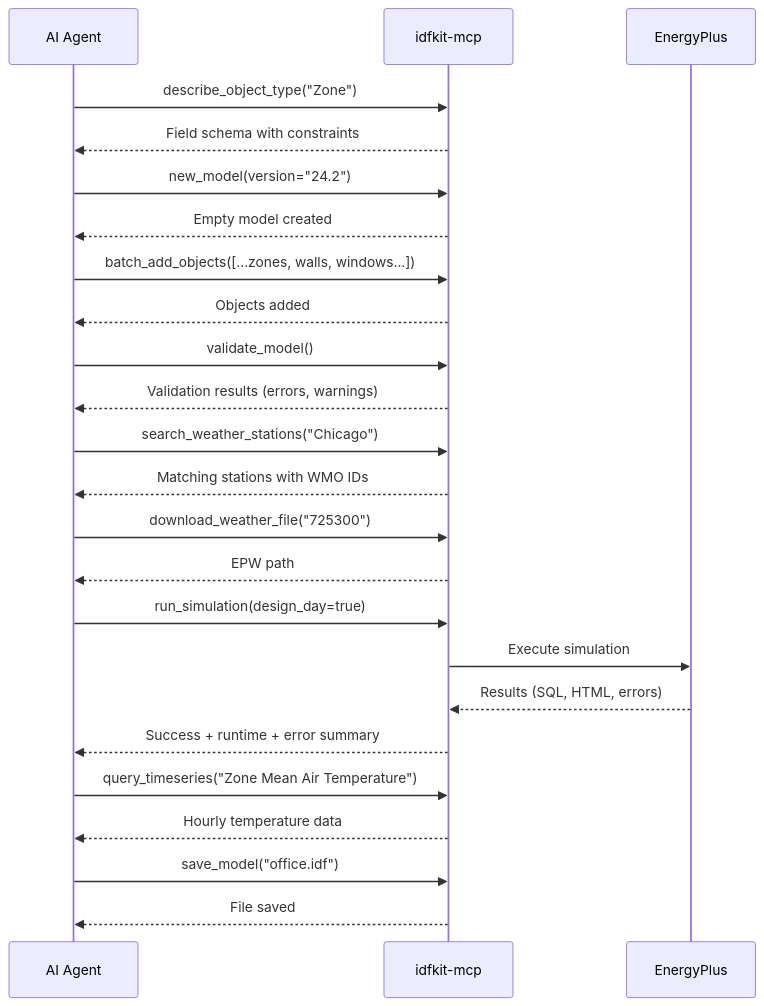
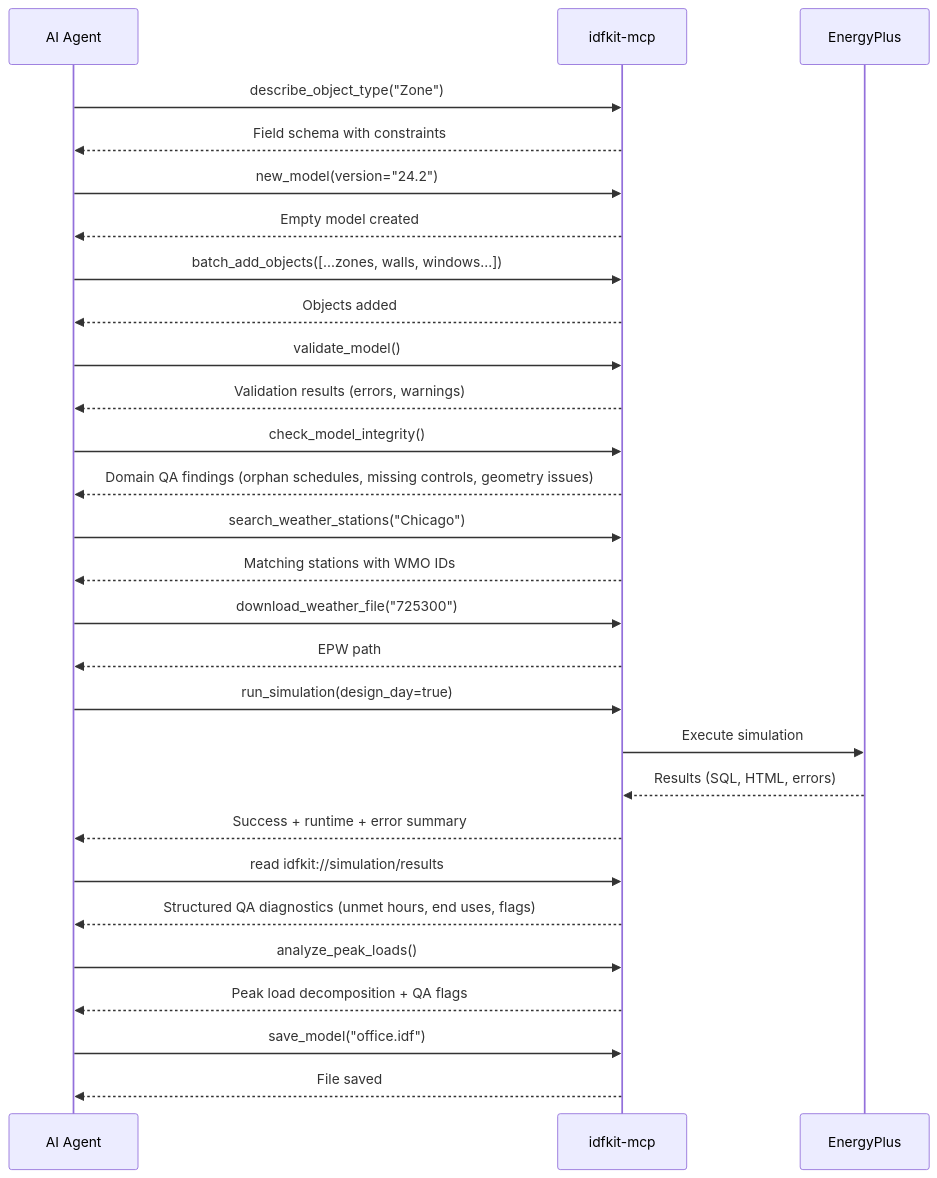
Before and after one commit to idfkit/idfkit-mcp: the fifth of 5 diagrams in docs/concepts/architecture.md, drawn with Mermaid. The commit also changed other lines of this file and 15 other files, not shown here.

Commit message:
feat: update documentation with new tools, resources, and simulation diagnostics

````diff
--- a/docs/concepts/architecture.md
+++ b/docs/concepts/architecture.md
@@ -230,35 +239,41 @@
 ```mermaid
 sequenceDiagram
     participant Agent as AI Agent
     participant MCP as idfkit-mcp
     participant EP as EnergyPlus
 
     Agent->>MCP: describe_object_type("Zone")
     MCP-->>Agent: Field schema with constraints
 
     Agent->>MCP: new_model(version="24.2")
     MCP-->>Agent: Empty model created
 
     Agent->>MCP: batch_add_objects([...zones, walls, windows...])
     MCP-->>Agent: Objects added
 
     Agent->>MCP: validate_model()
     MCP-->>Agent: Validation results (errors, warnings)
 
+    Agent->>MCP: check_model_integrity()
+    MCP-->>Agent: Domain QA findings (orphan schedules, missing controls, geometry issues)
+
     Agent->>MCP: search_weather_stations("Chicago")
     MCP-->>Agent: Matching stations with WMO IDs
 
     Agent->>MCP: download_weather_file("725300")
     MCP-->>Agent: EPW path
 
     Agent->>MCP: run_simulation(design_day=true)
     MCP->>EP: Execute simulation
     EP-->>MCP: Results (SQL, HTML, errors)
     MCP-->>Agent: Success + runtime + error summary
 
-    Agent->>MCP: query_timeseries("Zone Mean Air Temperature")
-    MCP-->>Agent: Hourly temperature data
+    Agent->>MCP: read idfkit://simulation/results
+    MCP-->>Agent: Structured QA diagnostics (unmet hours, end uses, flags)
+
+    Agent->>MCP: analyze_peak_loads()
+    MCP-->>Agent: Peak load decomposition + QA flags
 
     Agent->>MCP: save_model("office.idf")
     MCP-->>Agent: File saved
 ```
````
